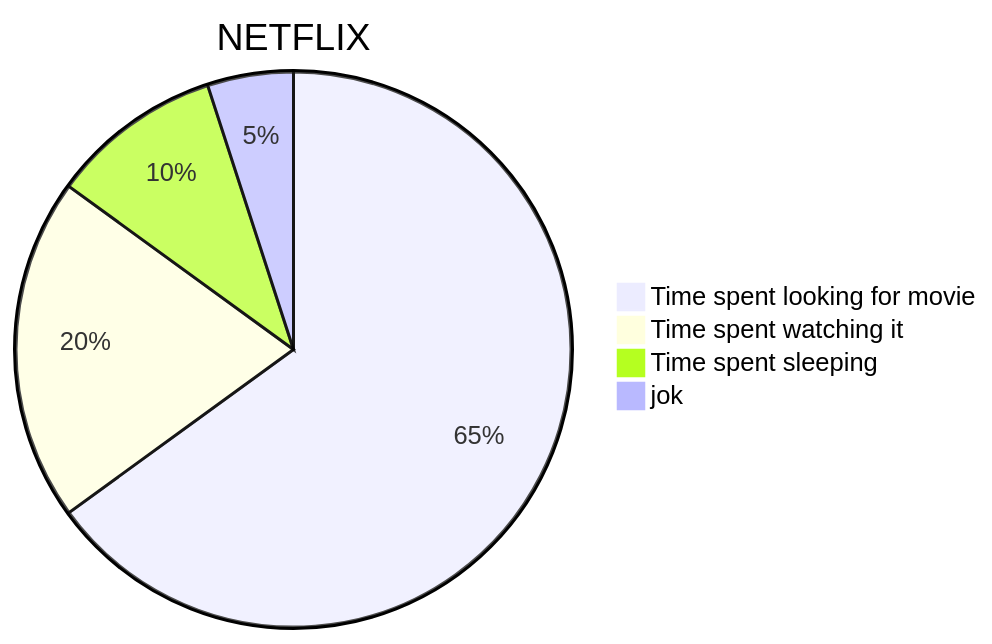
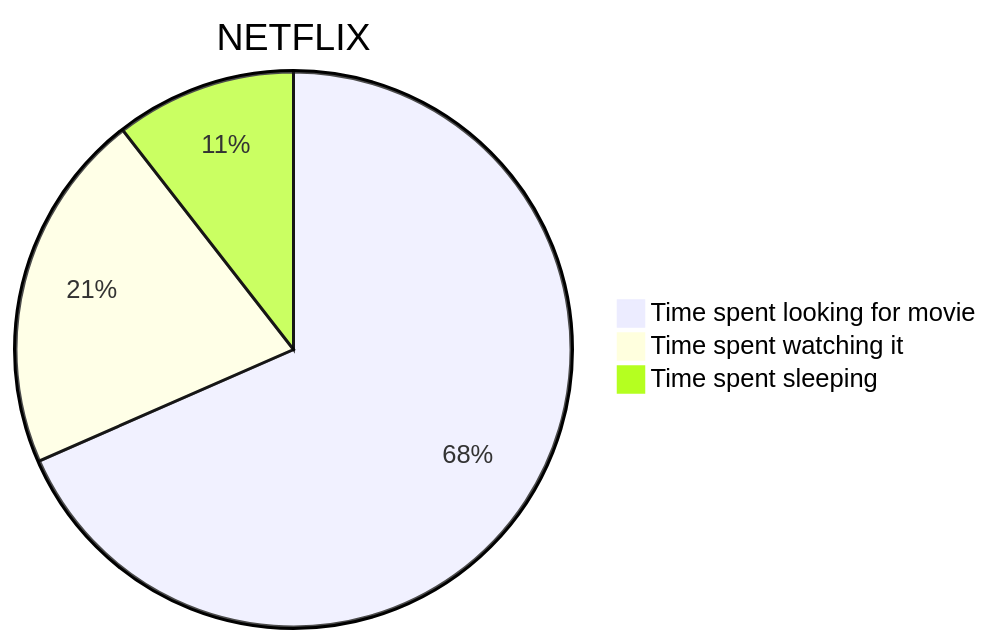
Before and after one commit to craftskillz/living-documentation: the ninth of 9 diagrams in documentation/2026_05_20_13_28_[CONFERENCE]_test.md, drawn with Mermaid.

Commit message:
docs: update living documentation

````diff
--- a/documentation/2026_05_20_13_28_[CONFERENCE]_test.md
+++ b/documentation/2026_05_20_13_28_[CONFERENCE]_test.md
@@ -161,7 +161,6 @@
 ```mermaid
 pie title NETFLIX
          "Time spent looking for movie" : 65
          "Time spent watching it" : 20
          "Time spent sleeping" : 10
-         "jok" : 5
 ```
````
